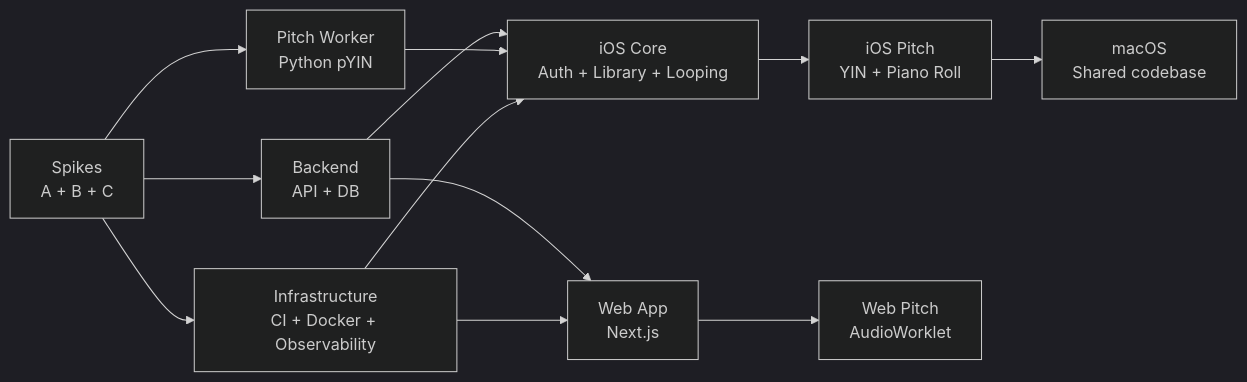
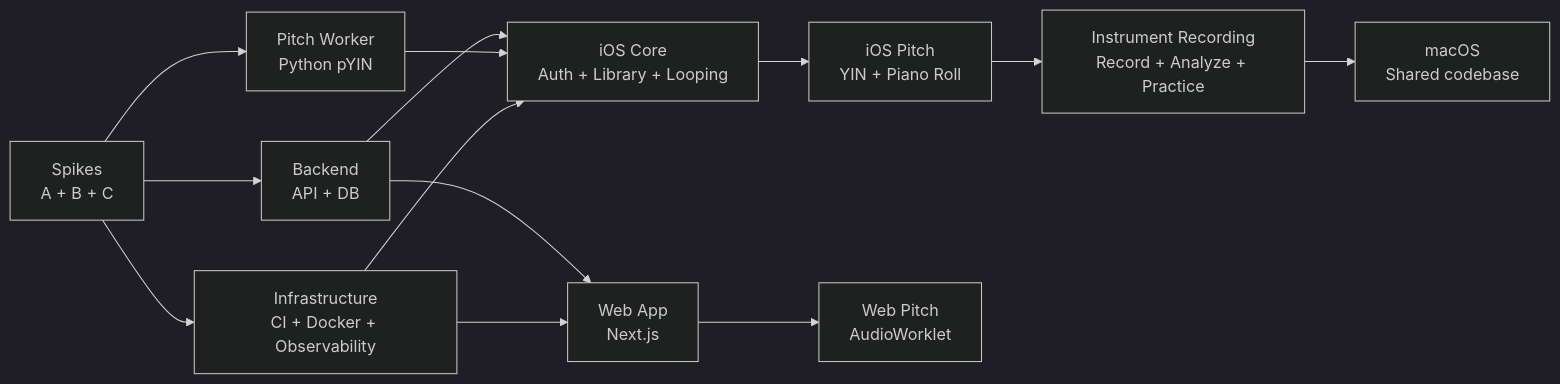
Before and after one commit to pawelgawliczek/intonavio: the second of 2 diagrams in docs/10-implementation-phases.md, drawn with Mermaid (dark theme). The commit also changed other lines of this file and 21 other files, not shown here.

First line of the commit message:
Add instrument recording feature with import, editing, and practice controls

````diff
--- a/docs/10-implementation-phases.md
+++ b/docs/10-implementation-phases.md
@@ -60,17 +68,18 @@
 ```mermaid
 graph LR
     Spikes[Spikes<br/>A + B + C] --> Backend[Backend<br/>API + DB]
     Spikes --> PitchWorker[Pitch Worker<br/>Python pYIN]
     Spikes --> Infra[Infrastructure<br/>CI + Docker + Observability]
 
     Backend --> iOSCore[iOS Core<br/>Auth + Library + Looping]
     Backend --> WebApp[Web App<br/>Next.js]
     PitchWorker --> iOSCore
     Infra --> iOSCore
     Infra --> WebApp
 
     iOSCore --> iOSPitch[iOS Pitch<br/>YIN + Piano Roll]
     WebApp --> WebPitch[Web Pitch<br/>AudioWorklet]
 
-    iOSPitch --> macOS[macOS<br/>Shared codebase]
+    iOSPitch --> InstrRec[Instrument Recording<br/>Record + Analyze + Practice]
+    InstrRec --> macOS[macOS<br/>Shared codebase]
 ```
````
